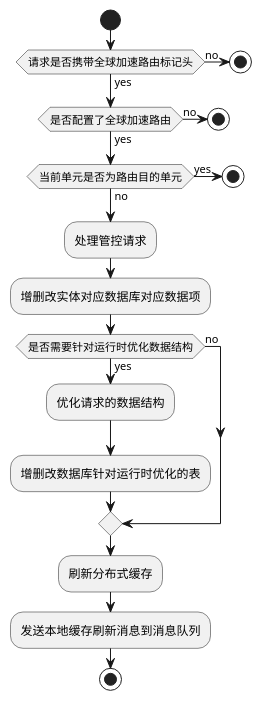
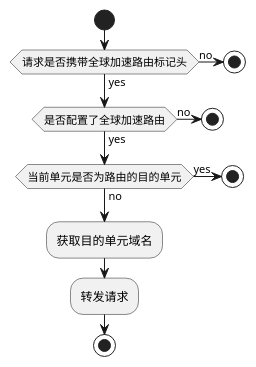
One commit to Noblee/LearningRepository changed the diagram in diagram/plantUML/API网关设计/活动图/全局加速路由活动图.puml. Above: the diagram before and after it, drawn with PlantUML. The commit also changed 3 other files, not shown here.

```diff
--- a/diagram/plantUML/API网关设计/活动图/全局加速路由活动图.puml
+++ b/diagram/plantUML/API网关设计/活动图/全局加速路由活动图.puml
@@ -1,25 +1,18 @@
 @startuml
 start
-    if(请求是否携带全球加速路由标记头) then (yes);
-    else(no)
-    stop
-    endif
-    if(是否配置了全球加速路由) then (yes);
-    else(no)
-    stop
-    endif
-   if(当前单元是否为路由目的单元) then (no);
-    else(yes)
-    stop
-    endif
-    :处理管控请求;
-    :增删改实体对应数据库对应数据项;
-if(是否需要针对运行时优化数据结构) then (yes)
-:优化请求的数据结构;
-:增删改数据库针对运行时优化的表;
-else (no)
+if(请求是否携带全球加速路由标记头) then (yes);
+else(no)
+stop
 endif
-:刷新分布式缓存;
-:发送本地缓存刷新消息到消息队列;
+if(是否配置了全球加速路由) then (yes);
+else(no)
+stop
+endif
+if(当前单元是否为路由的目的单元) then (no);
+else(yes)
+stop
+endif
+:获取目的单元域名;
+:转发请求;
 stop
 @enduml
```
